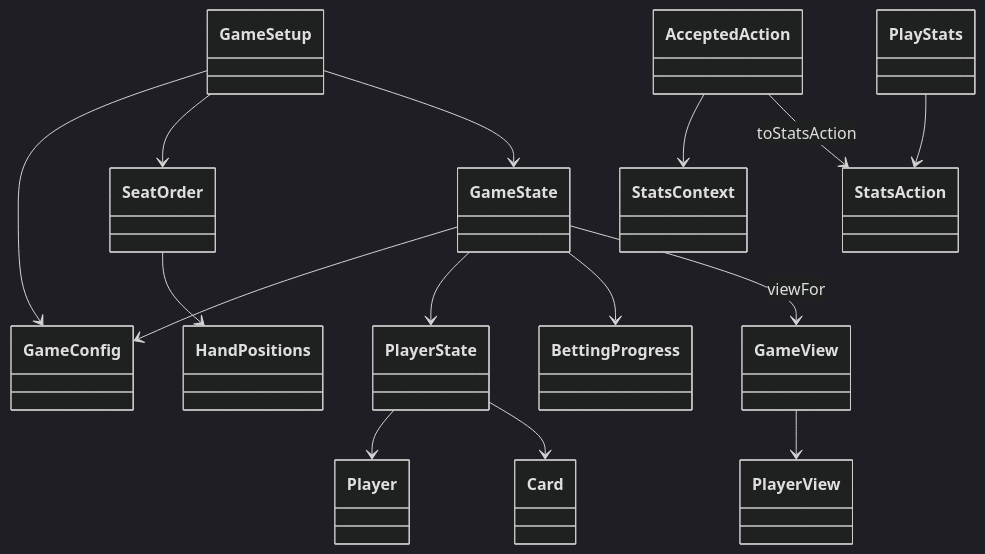
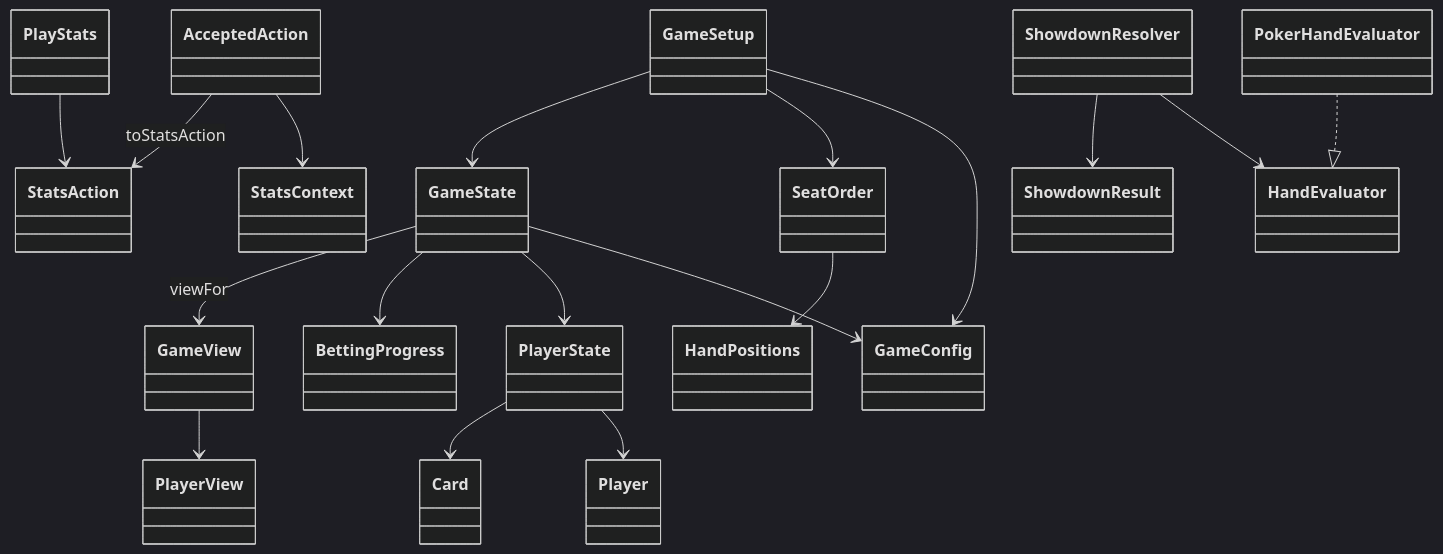
Before and after one commit to nu-cs-sqe/cs380-software-quality-engineering-20262701-course-project-group-16: the diagram in docs/design/README.md, drawn with Mermaid (dark theme). The commit also changed other lines of this file and 14 other files, not shown here.

````diff
--- a/docs/design/README.md
+++ b/docs/design/README.md
@@ -7,17 +7,20 @@
 ```mermaid
 classDiagram
     GameSetup --> GameConfig
     GameSetup --> SeatOrder
     GameSetup --> GameState
     SeatOrder --> HandPositions
     GameState --> GameConfig
     GameState --> PlayerState
     PlayerState --> Player
     PlayerState --> Card
     GameState --> BettingProgress
     GameState --> GameView : viewFor
     GameView --> PlayerView
     AcceptedAction --> StatsContext
     AcceptedAction --> StatsAction : toStatsAction
     PlayStats --> StatsAction
+    PokerHandEvaluator ..|> HandEvaluator
+    ShowdownResolver --> HandEvaluator
+    ShowdownResolver --> ShowdownResult
 ```
````
